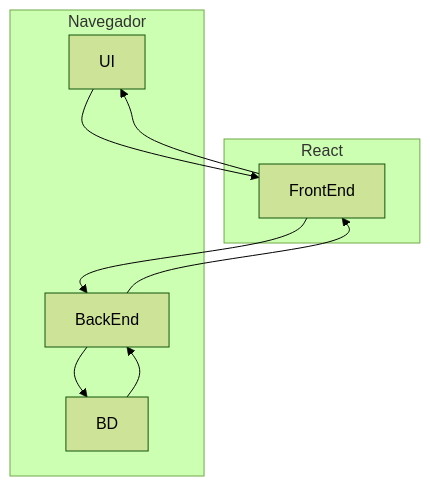
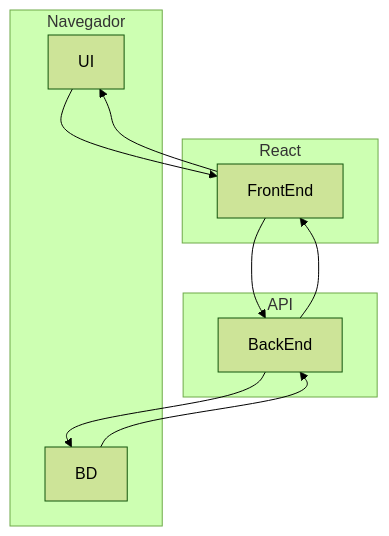
The diagram in README.md (caverzan-louco/CursoFontEnd), drawn with Mermaid (forest theme) before and after one commit.

````diff
--- a/README.md
+++ b/README.md
@@ -4,25 +4,25 @@
 ```mermaid
 graph TD
     subgraph Cliente["Navegador"]
         UI
     end
     subgraph Front["React"]
         FrontEnd
     end
-    subgraph Cliente["API"]
+    subgraph Back["API"]
         BackEnd
     end
     subgraph Cliente["MongoDB"]
         BD
     end
 
     %% fluxo
 
     UI-->FrontEnd
     FrontEnd-->BackEnd
     BackEnd-->BD
     BD-->BackEnd
     BackEnd-->FrontEnd
     FrontEnd-->UI
 
 ```
````
